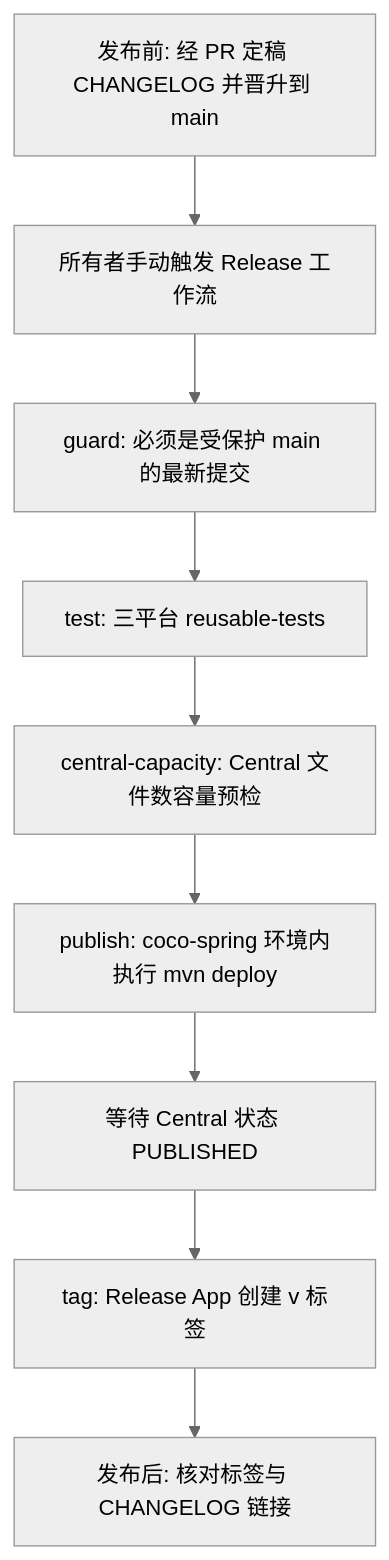
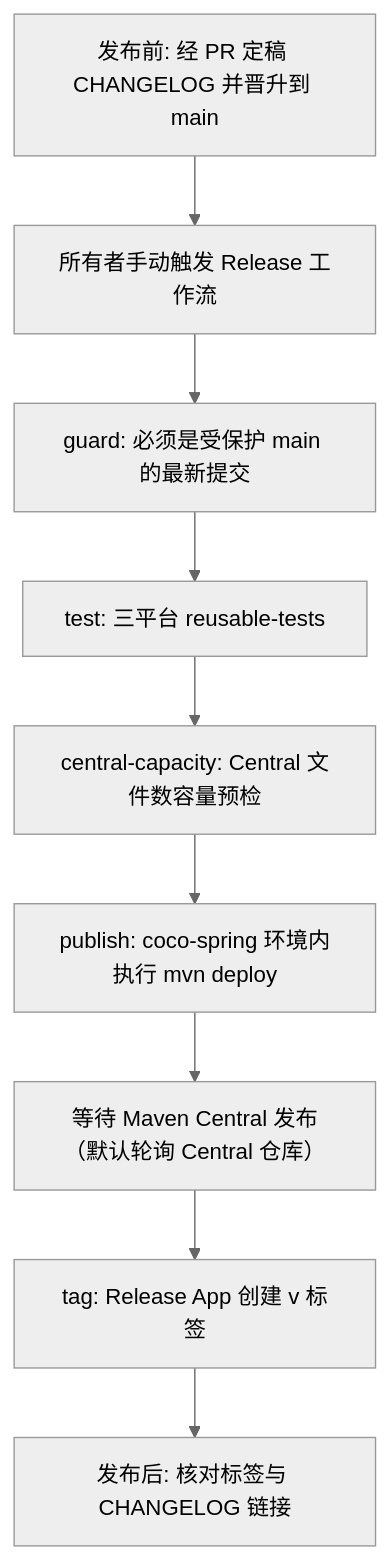
Before and after one commit to patton174/coco-framework: the second of 2 diagrams in docs/wiki/Guide-Release-And-Workflow.md, drawn with Mermaid (neutral theme). The commit also changed other lines of this file and 5 other files, not shown here.

First line of the commit message:
fix(release): upgrade Central publishing plugin and wait for publication

````diff
--- a/docs/wiki/Guide-Release-And-Workflow.md
+++ b/docs/wiki/Guide-Release-And-Workflow.md
@@ -132,11 +132,11 @@
 ```mermaid
 flowchart TD
     prep["发布前: 经 PR 定稿 CHANGELOG 并晋升到 main"] --> start["所有者手动触发 Release 工作流"]
     start --> guard["guard: 必须是受保护 main 的最新提交"]
     guard --> test["test: 三平台 reusable-tests"]
     test --> cap["central-capacity: Central 文件数容量预检"]
     cap --> pub["publish: coco-spring 环境内执行 mvn deploy"]
-    pub --> wait["等待 Central 状态 PUBLISHED"]
+    pub --> wait["等待 Maven Central 发布（默认轮询 Central 仓库）"]
     wait --> tagjob["tag: Release App 创建 v 标签"]
     tagjob --> after["发布后: 核对标签与 CHANGELOG 链接"]
 ```
````
